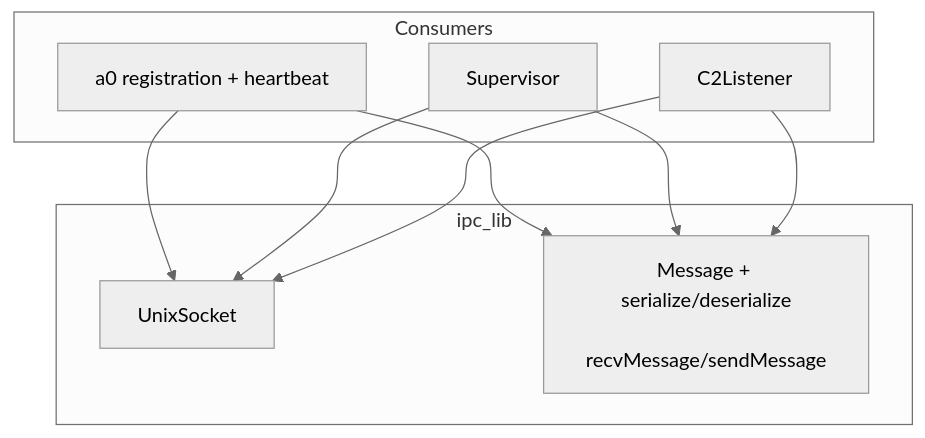
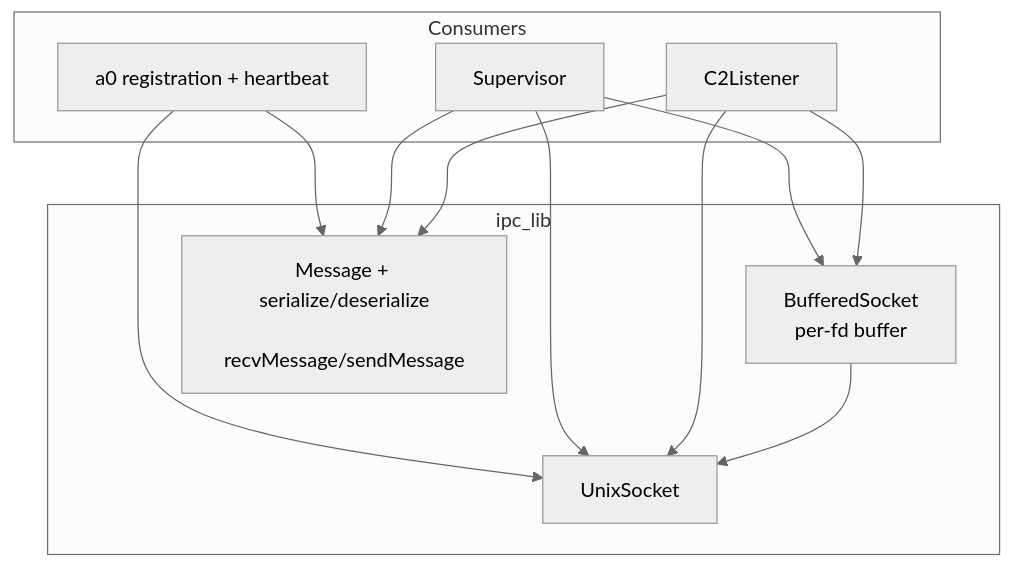
One commit to opensassi/a0 changed the first of 2 diagrams in src/ipc_protocol.spec.md. Above: the diagram before and after it, drawn with Mermaid (neutral theme). The commit also changed other lines of this file and 32 other files, not shown here.

````diff
--- a/src/ipc_protocol.spec.md
+++ b/src/ipc_protocol.spec.md
@@ -109,21 +156,25 @@
 ```mermaid
 graph TB
     subgraph "ipc_lib"
         US[UnixSocket]
+        BS[BufferedSocket<br/>per-fd buffer]
         PROTO[Message + serialize/deserialize
                recvMessage/sendMessage]
     end
 
     subgraph "Consumers"
         A0[a0 registration + heartbeat]
         B1[Supervisor]
         C2[C2Listener]
     end
 
     A0 --> US
     A0 --> PROTO
     B1 --> US
     B1 --> PROTO
+    B1 --> BS
     C2 --> US
     C2 --> PROTO
+    C2 --> BS
+    BS --> US
 ```
````
